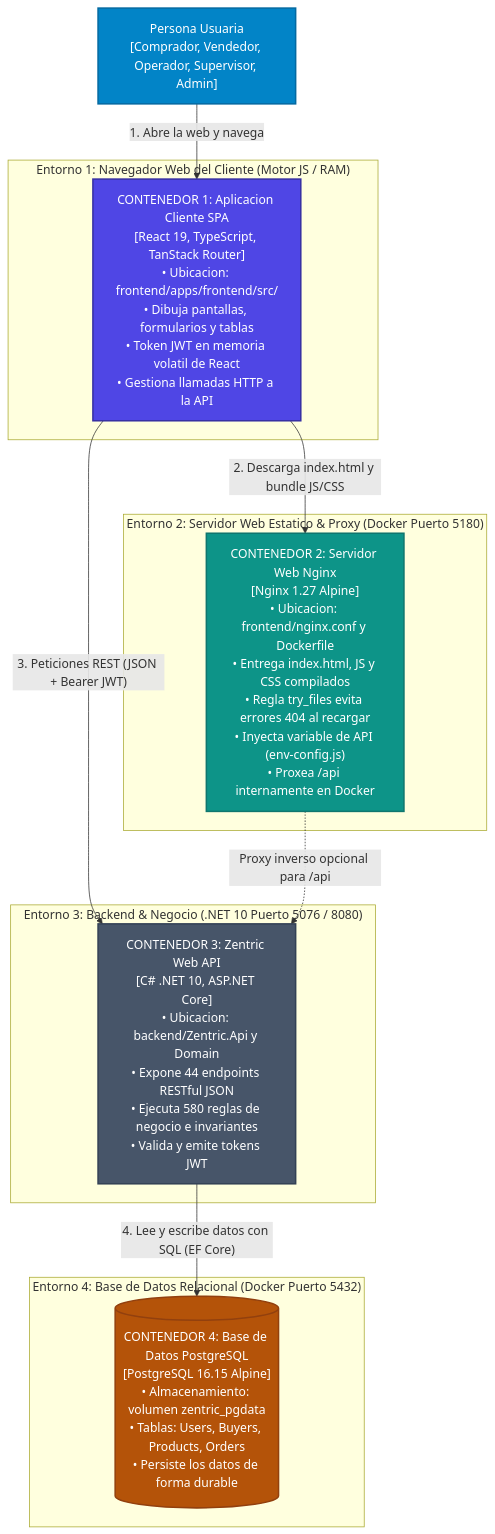
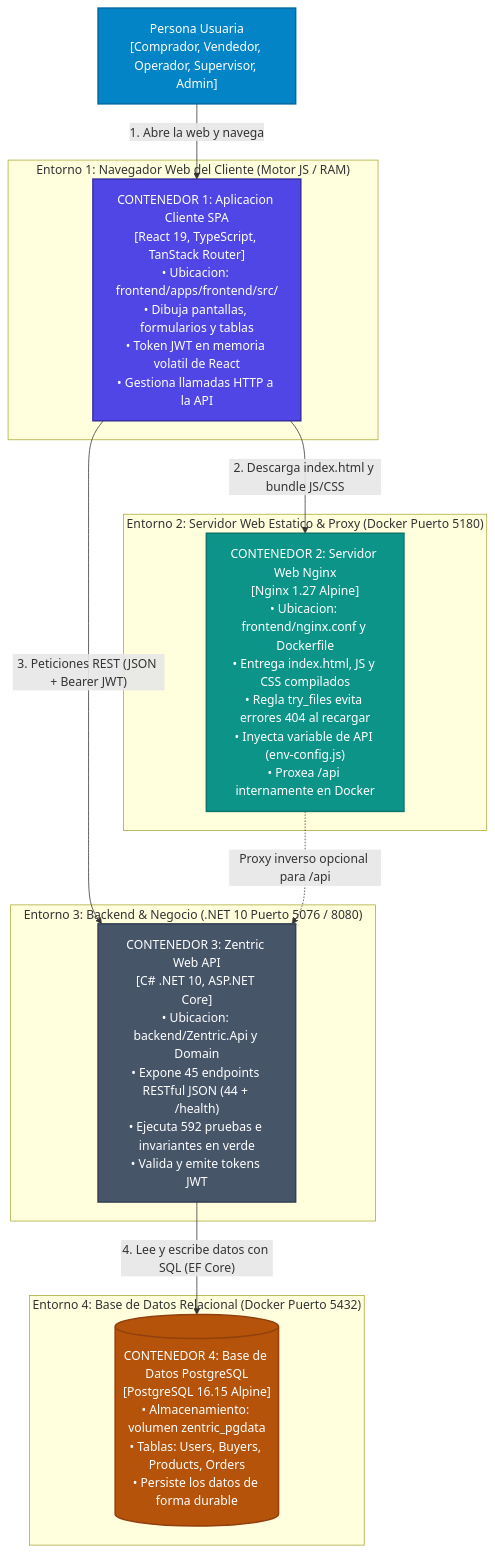
Before and after one commit to D-MachadoDev/Zentric: the diagram in frontendSDD/C4-2-Contenedores.md, drawn with Mermaid. The commit also changed other lines of this file and 12 other files, not shown here.

````diff
--- a/frontendSDD/C4-2-Contenedores.md
+++ b/frontendSDD/C4-2-Contenedores.md
@@ -17,38 +17,38 @@
 ```mermaid
 flowchart TB
   user["Persona Usuaria<br/>[Comprador, Vendedor, Operador, Supervisor, Admin]"]
 
   subgraph boundaryBrowser["Entorno 1: Navegador Web del Cliente (Motor JS / RAM)"]
     spa["CONTENEDOR 1: Aplicacion Cliente SPA<br/>[React 19, TypeScript, TanStack Router]<br/>• Ubicacion: frontend/apps/frontend/src/<br/>• Dibuja pantallas, formularios y tablas<br/>• Token JWT en memoria volatil de React<br/>• Gestiona llamadas HTTP a la API"]
   end
 
   subgraph boundaryNginx["Entorno 2: Servidor Web Estatico & Proxy (Docker Puerto 5180)"]
     nginx["CONTENEDOR 2: Servidor Web Nginx<br/>[Nginx 1.27 Alpine]<br/>• Ubicacion: frontend/nginx.conf y Dockerfile<br/>• Entrega index.html, JS y CSS compilados<br/>• Regla try_files evita errores 404 al recargar<br/>• Inyecta variable de API (env-config.js)<br/>• Proxea /api internamente en Docker"]
   end
 
   subgraph boundaryBackend["Entorno 3: Backend & Negocio (.NET 10 Puerto 5076 / 8080)"]
-    api["CONTENEDOR 3: Zentric Web API<br/>[C# .NET 10, ASP.NET Core]<br/>• Ubicacion: backend/Zentric.Api y Domain<br/>• Expone 44 endpoints RESTful JSON<br/>• Ejecuta 580 reglas de negocio e invariantes<br/>• Valida y emite tokens JWT"]
+    api["CONTENEDOR 3: Zentric Web API<br/>[C# .NET 10, ASP.NET Core]<br/>• Ubicacion: backend/Zentric.Api y Domain<br/>• Expone 45 endpoints RESTful JSON (44 + /health)<br/>• Ejecuta 592 pruebas e invariantes en verde<br/>• Valida y emite tokens JWT"]
   end
 
   subgraph boundaryDatabase["Entorno 4: Base de Datos Relacional (Docker Puerto 5432)"]
     db[("CONTENEDOR 4: Base de Datos PostgreSQL<br/>[PostgreSQL 16.15 Alpine]<br/>• Almacenamiento: volumen zentric_pgdata<br/>• Tablas: Users, Buyers, Products, Orders<br/>• Persiste los datos de forma durable")]
   end
 
   user -->|"1. Abre la web y navega"| spa
   spa -->|"2. Descarga index.html y bundle JS/CSS"| nginx
   spa -->|"3. Peticiones REST (JSON + Bearer JWT)"| api
   nginx -.->|"Proxy inverso opcional para /api"| api
   api -->|"4. Lee y escribe datos con SQL (EF Core)"| db
 
   classDef person fill:#0284c7,stroke:#0369a1,stroke-width:2px,color:#ffffff;
   classDef spaContainer fill:#4f46e5,stroke:#3730a3,stroke-width:2px,color:#ffffff;
   classDef webContainer fill:#0d9488,stroke:#0f766e,stroke-width:2px,color:#ffffff;
   classDef apiContainer fill:#475569,stroke:#334155,stroke-width:2px,color:#ffffff;
   classDef dbContainer fill:#b45309,stroke:#92400e,stroke-width:2px,color:#ffffff;
 
   class user person;
   class spa spaContainer;
   class nginx webContainer;
   class api apiContainer;
   class db dbContainer;
 ```
````
